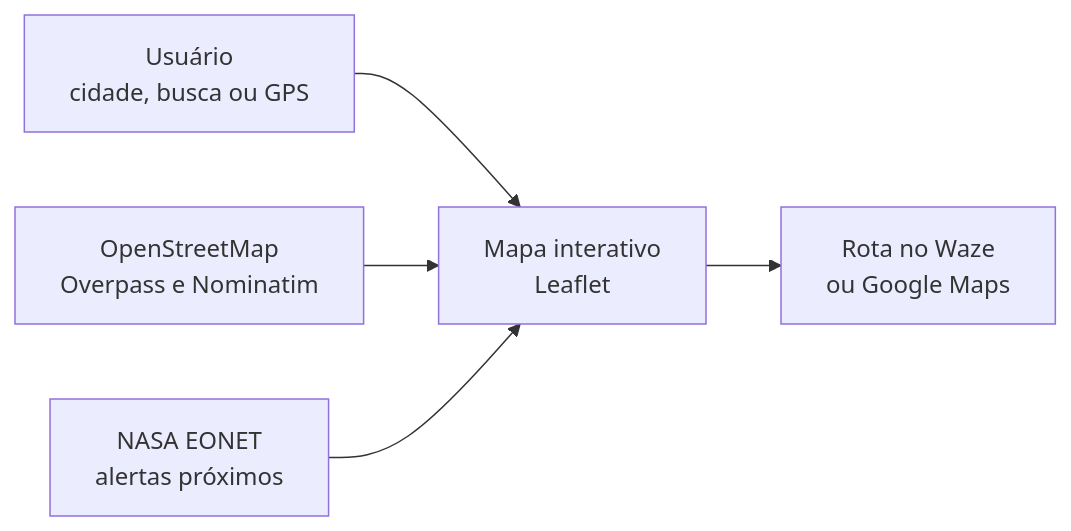
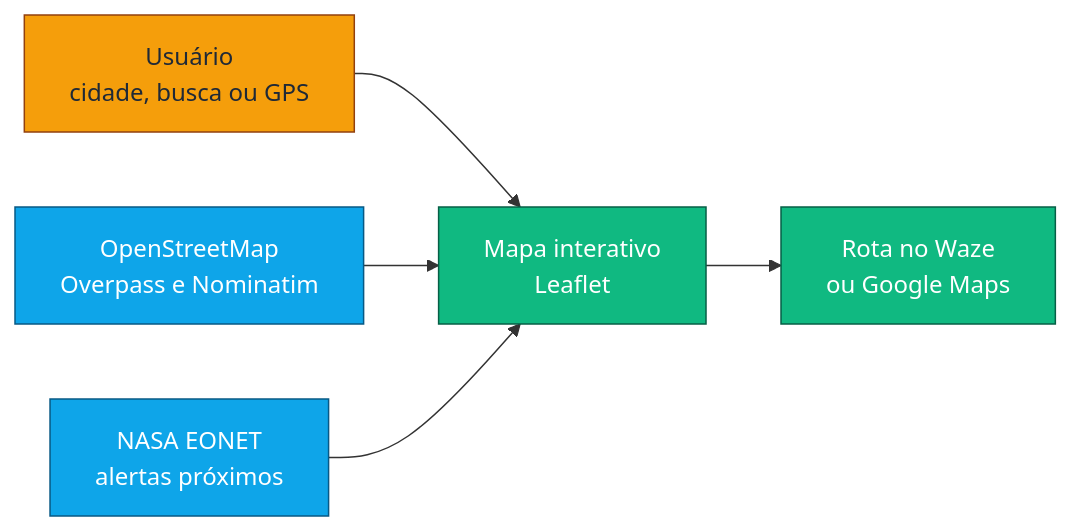
The third of 3 diagrams in README.md (LeonardoGMendoza/aplicativo-geo-capital-engine-v3), drawn with Mermaid before and after one commit. The commit also changed other lines of this file and 9 other files, not shown here.

````diff
--- a/README.md
+++ b/README.md
@@ -129,7 +236,14 @@
 ```mermaid
 flowchart LR
     U[Usuário<br/>cidade, busca ou GPS] --> M[Mapa interativo<br/>Leaflet]
     O[OpenStreetMap<br/>Overpass e Nominatim] --> M
     N[NASA EONET<br/>alertas próximos] --> M
     M --> R[Rota no Waze<br/>ou Google Maps]
+
+    classDef fonte fill:#0ea5e9,stroke:#075985,color:#ffffff
+    classDef app fill:#10b981,stroke:#065f46,color:#ffffff
+    classDef user fill:#f59e0b,stroke:#92400e,color:#1f2937
+    class O,N fonte
+    class M,R app
+    class U user
 ```
````
